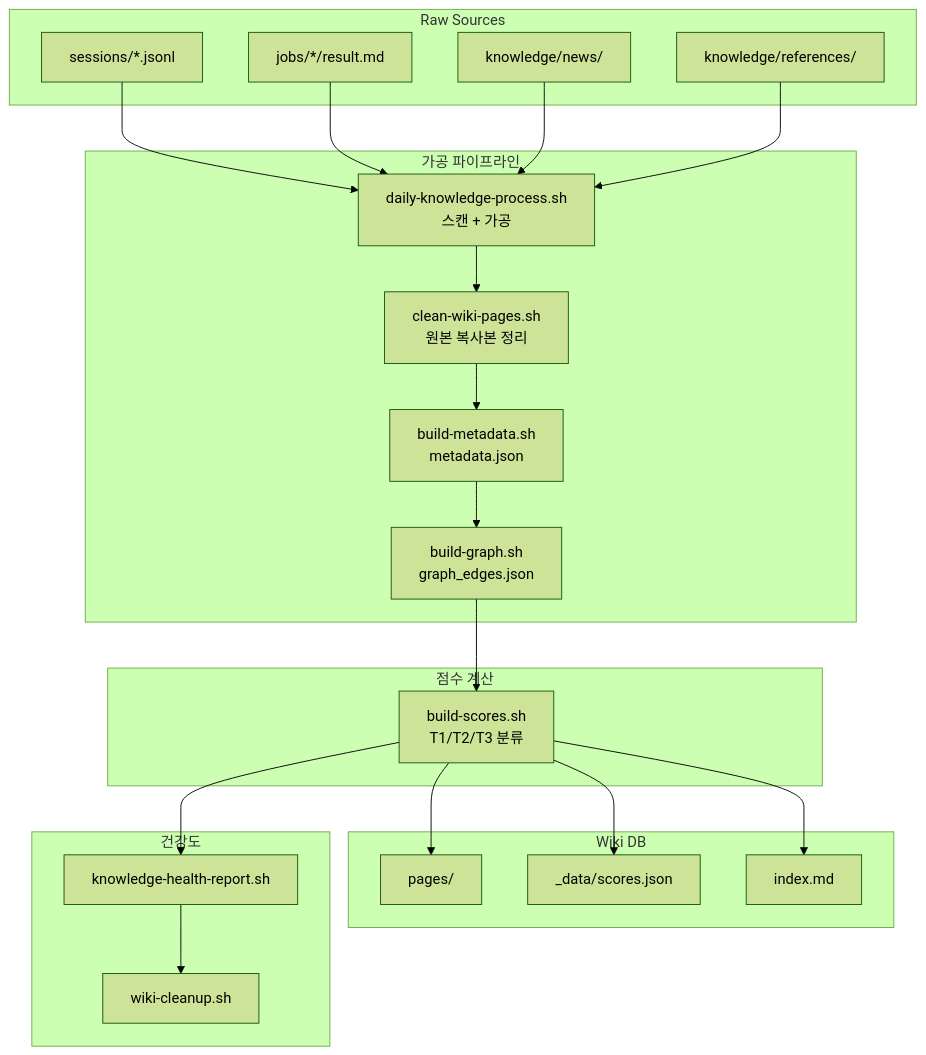
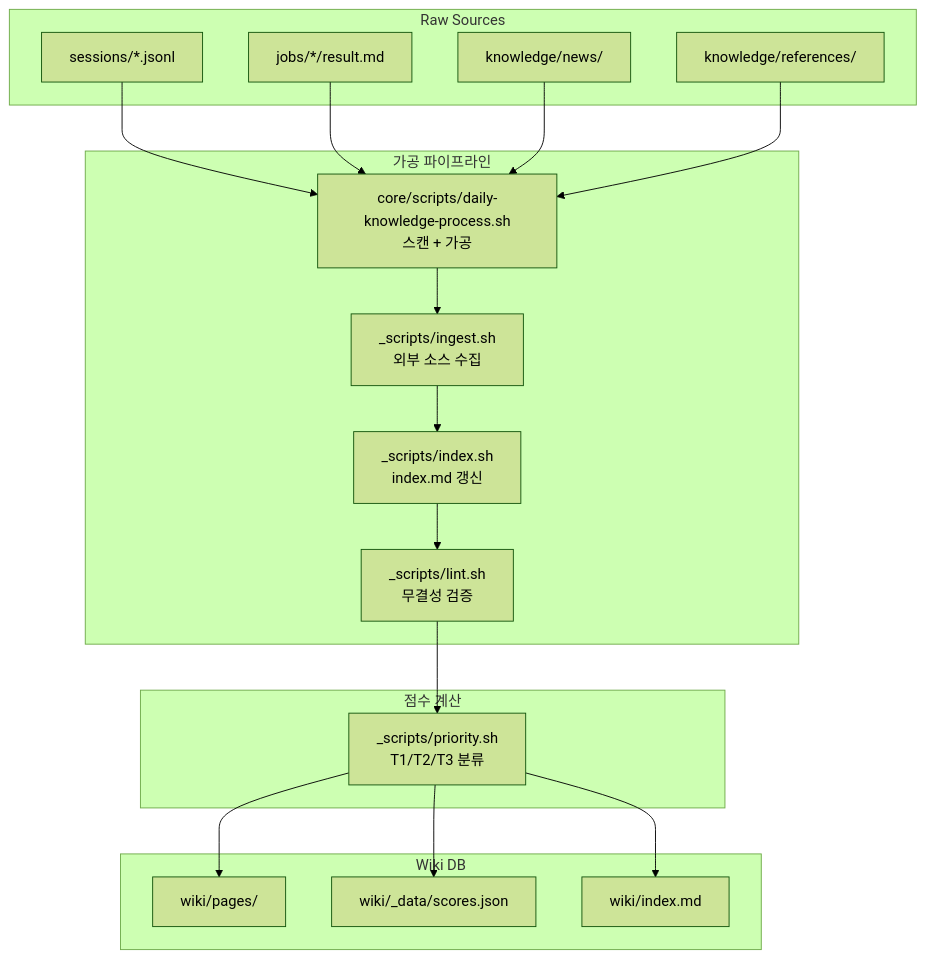
One commit to pheanor-agent/p-hermes changed the first of 2 diagrams in docs/wiki/guides/knowledge-system.md. Above: the diagram before and after it, drawn with Mermaid (forest theme). The commit also changed other lines of this file and 11 other files, not shown here.

````diff
--- a/docs/wiki/guides/knowledge-system.md
+++ b/docs/wiki/guides/knowledge-system.md
@@ -37,40 +37,33 @@
 ```mermaid
 flowchart TD
     subgraph Sources["Raw Sources"]
         S1["sessions/*.jsonl"]
         S2["jobs/*/result.md"]
         S3["knowledge/news/"]
         S4["knowledge/references/"]
     end
 
     subgraph Pipeline["가공 파이프라인"]
-        P1["daily-knowledge-process.sh<br/>스캔 + 가공"]
-        P2["clean-wiki-pages.sh<br/>원본 복사본 정리"]
-        P3["build-metadata.sh<br/>metadata.json"]
-        P4["build-graph.sh<br/>graph_edges.json"]
+        P1["core/scripts/daily-knowledge-process.sh<br/>스캔 + 가공"]
+        P2["_scripts/ingest.sh<br/>외부 소스 수집"]
+        P3["_scripts/index.sh<br/>index.md 갱신"]
+        P4["_scripts/lint.sh<br/>무결성 검증"]
     end
 
     subgraph Priority["점수 계산"]
-        SC["build-scores.sh<br/>T1/T2/T3 분류"]
+        SC["_scripts/priority.sh<br/>T1/T2/T3 분류"]
     end
 
     subgraph Storage["Wiki DB"]
-        W1["pages/"]
-        W2["_data/scores.json"]
-        W3["index.md"]
-    end
-
-    subgraph Health["건강도"]
-        HR["knowledge-health-report.sh"]
-        CL["wiki-cleanup.sh"]
+        W1["wiki/pages/"]
+        W2["wiki/_data/scores.json"]
+        W3["wiki/index.md"]
     end
 
     S1 & S2 & S3 & S4 --> P1
     P1 --> P2
     P2 --> P3
     P3 --> P4
     P4 --> SC
     SC --> W1 & W2 & W3
-    SC --> HR
-    HR --> CL
 ```
````
